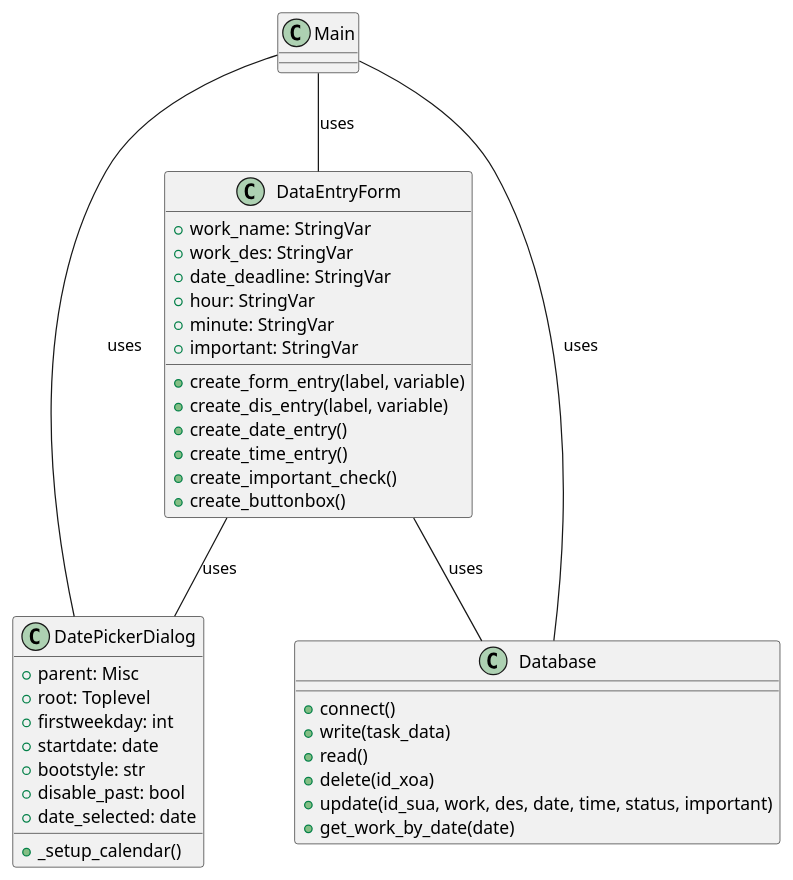
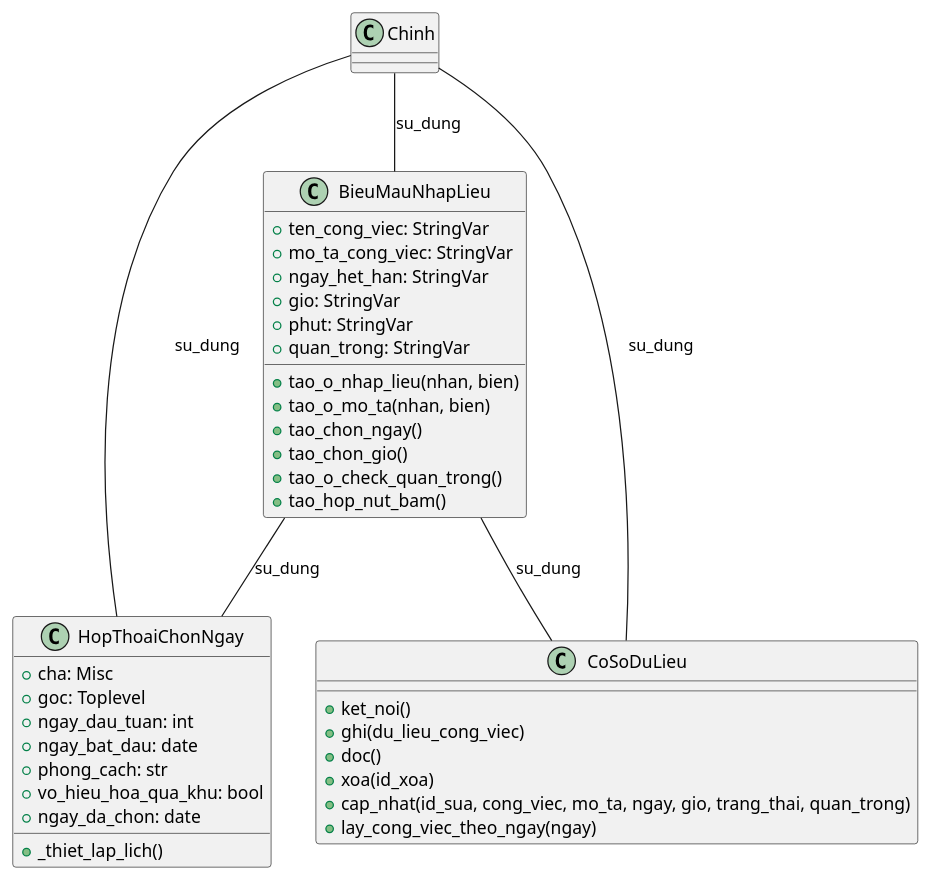
One commit to stu735105062-jpg/laptrinhpython changed the diagram in diagram.puml. Above: the diagram before and after it, drawn with PlantUML.

Commit message:
Rename classes and methods in diagram.puml

```diff
--- a/diagram.puml
+++ b/diagram.puml
@@ -1,42 +1,42 @@
 @startuml
-class DataEntryForm {
-    +work_name: StringVar
-    +work_des: StringVar
-    +date_deadline: StringVar
-    +hour: StringVar
-    +minute: StringVar
-    +important: StringVar
-    +create_form_entry(label, variable)
-    +create_dis_entry(label, variable)
-    +create_date_entry()
-    +create_time_entry()
-    +create_important_check()
-    +create_buttonbox()
+class BieuMauNhapLieu {
+    +ten_cong_viec: StringVar
+    +mo_ta_cong_viec: StringVar
+    +ngay_het_han: StringVar
+    +gio: StringVar
+    +phut: StringVar
+    +quan_trong: StringVar
+    +tao_o_nhap_lieu(nhan, bien)
+    +tao_o_mo_ta(nhan, bien)
+    +tao_chon_ngay()
+    +tao_chon_gio()
+    +tao_o_check_quan_trong()
+    +tao_hop_nut_bam()
 }
 
-class DatePickerDialog {
-    +parent: Misc
-    +root: Toplevel
-    +firstweekday: int
-    +startdate: date
-    +bootstyle: str
-    +disable_past: bool
-    +date_selected: date
-    +_setup_calendar()
+class HopThoaiChonNgay {
+    +cha: Misc
+    +goc: Toplevel
+    +ngay_dau_tuan: int
+    +ngay_bat_dau: date
+    +phong_cach: str
+    +vo_hieu_hoa_qua_khu: bool
+    +ngay_da_chon: date
+    +_thiet_lap_lich()
 }
 
-class Database {
-    +connect()
-    +write(task_data)
-    +read()
-    +delete(id_xoa)
-    +update(id_sua, work, des, date, time, status, important)
-    +get_work_by_date(date)
+class CoSoDuLieu {
+    +ket_noi()
+    +ghi(du_lieu_cong_viec)
+    +doc()
+    +xoa(id_xoa)
+    +cap_nhat(id_sua, cong_viec, mo_ta, ngay, gio, trang_thai, quan_trong)
+    +lay_cong_viec_theo_ngay(ngay)
 }
 
-Main -- DataEntryForm : uses
-Main -- DatePickerDialog : uses
-Main -- Database : uses
-DataEntryForm -- DatePickerDialog : uses
-DataEntryForm -- Database : uses
+Chinh -- BieuMauNhapLieu : su_dung
+Chinh -- HopThoaiChonNgay : su_dung
+Chinh -- CoSoDuLieu : su_dung
+BieuMauNhapLieu -- HopThoaiChonNgay : su_dung
+BieuMauNhapLieu -- CoSoDuLieu : su_dung
 @enduml
```
